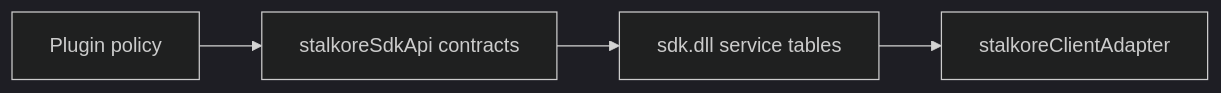
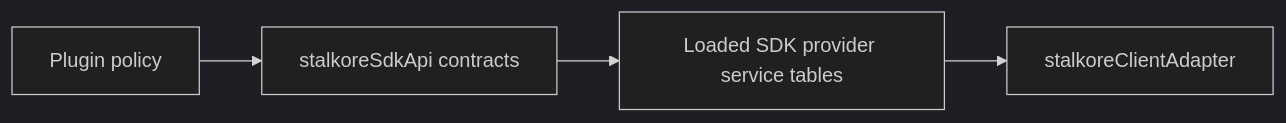
One commit to Stalkore/stalkoreSdkApi changed the diagram in README.md. Above: the diagram before and after it, drawn with Mermaid (dark theme). The commit also changed other lines of this file and 6 other files, not shown here.

Commit message:
feat(api): discover embedded SDK provider

````diff
--- a/README.md
+++ b/README.md
@@ -37,6 +39,6 @@
 ```mermaid
 flowchart LR
     Plugin[Plugin policy] --> API[stalkoreSdkApi contracts]
-    API --> SDK[sdk.dll service tables]
+    API --> SDK[Loaded SDK provider service tables]
     SDK --> Adapter[stalkoreClientAdapter]
 ```
````
